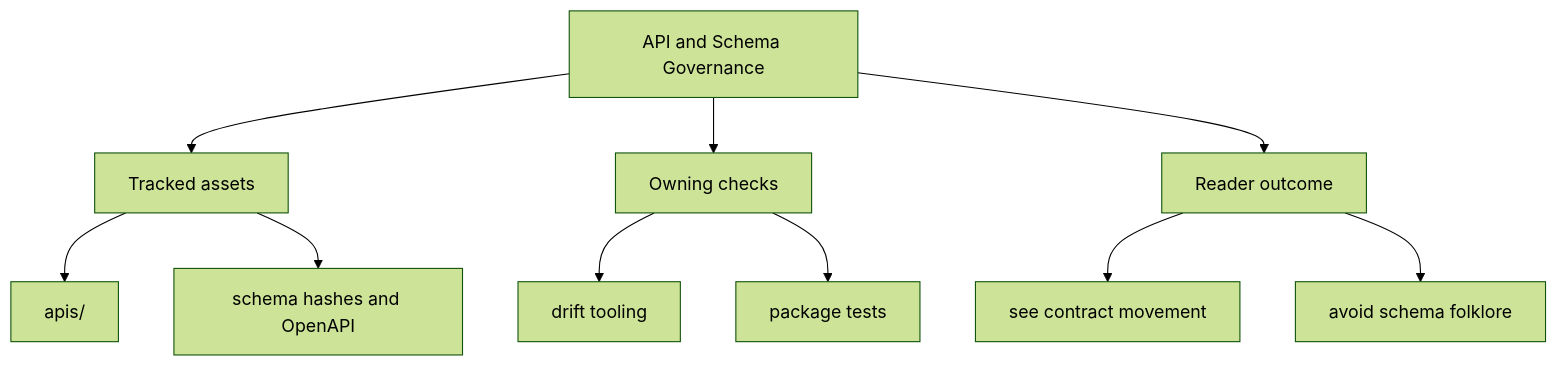
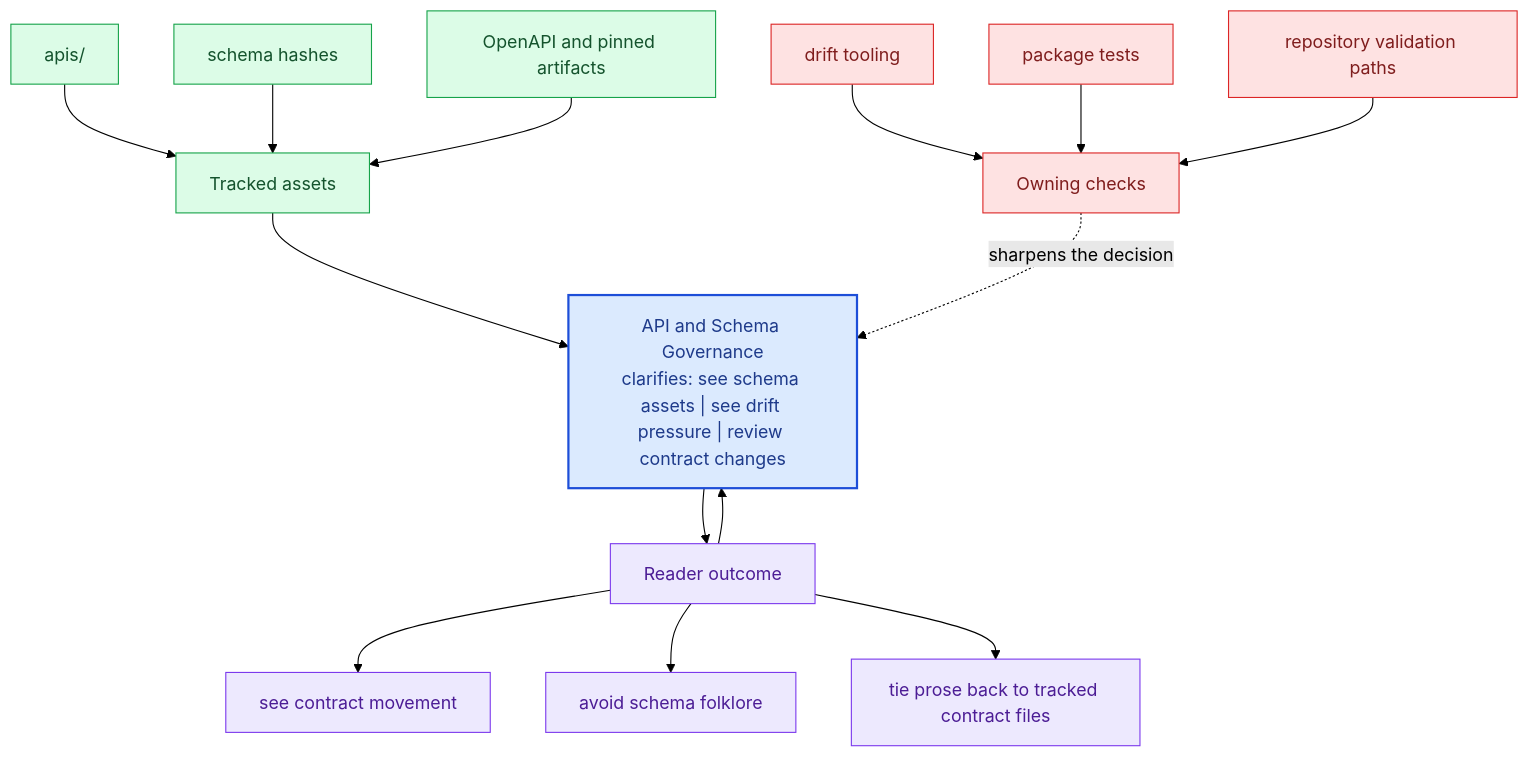
The second of 2 diagrams in docs/bijux-canon/api-and-schema-governance.md (bijux/bijux-canon), drawn with Mermaid (forest theme) before and after one commit. The commit also changed other lines of this file and 281 other files, not shown here.

Commit message:
docs(diagrams): deepen handbook mermaid maps across the catalog

````diff
--- a/docs/bijux-canon/api-and-schema-governance.md
+++ b/docs/bijux-canon/api-and-schema-governance.md
@@ -36,22 +69,40 @@
 ```mermaid
-flowchart TD
-    page["API and Schema Governance"]
+flowchart TB
+    promise["API and Schema Governance<br/>clarifies: see schema assets | see drift pressure | review contract changes"]
+    classDef promise fill:#dbeafe,stroke:#1d4ed8,color:#1e3a8a,stroke-width:2px;
+    classDef driver fill:#dcfce7,stroke:#16a34a,color:#14532d;
+    classDef constraint fill:#fee2e2,stroke:#dc2626,color:#7f1d1d;
+    classDef ground fill:#ede9fe,stroke:#7c3aed,color:#4c1d95;
     focus1["Tracked assets"]
-    page --> focus1
+    focus1 --> promise
     focus1_1["apis/"]
-    focus1 --> focus1_1
-    focus1_2["schema hashes and OpenAPI"]
-    focus1 --> focus1_2
+    focus1_1 --> focus1
+    focus1_2["schema hashes"]
+    focus1_2 --> focus1
+    focus1_3["OpenAPI and pinned artifacts"]
+    focus1_3 --> focus1
+    class focus1 driver;
+    class focus1_1,focus1_2,focus1_3 driver;
     focus2["Owning checks"]
-    page --> focus2
+    focus2 -.sharpens the decision.-> promise
     focus2_1["drift tooling"]
-    focus2 --> focus2_1
+    focus2_1 --> focus2
     focus2_2["package tests"]
-    focus2 --> focus2_2
+    focus2_2 --> focus2
+    focus2_3["repository validation paths"]
+    focus2_3 --> focus2
+    class focus2 constraint;
+    class focus2_1,focus2_2,focus2_3 constraint;
     focus3["Reader outcome"]
-    page --> focus3
+    focus3 --> promise
+    promise --> focus3
     focus3_1["see contract movement"]
     focus3 --> focus3_1
     focus3_2["avoid schema folklore"]
     focus3 --> focus3_2
+    focus3_3["tie prose back to tracked contract files"]
+    focus3 --> focus3_3
+    class focus3 ground;
+    class focus3_1,focus3_2,focus3_3 ground;
+    class promise promise;
 ```
````
